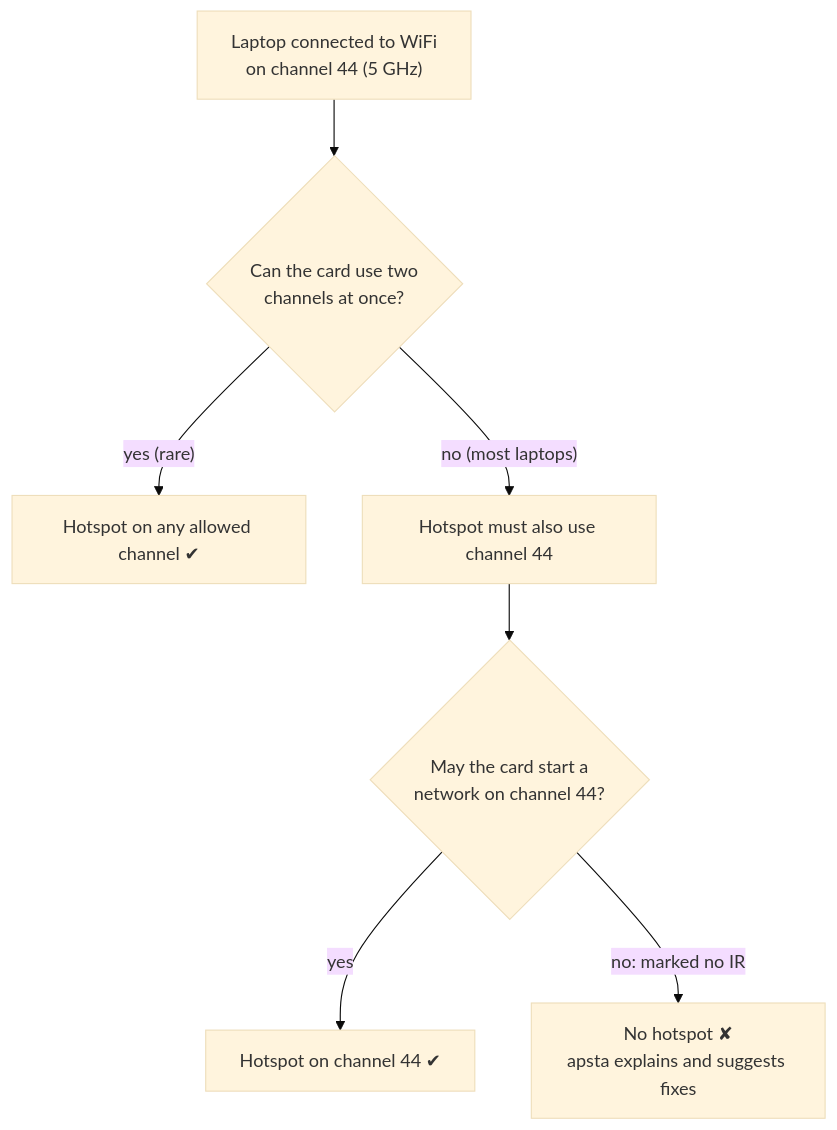
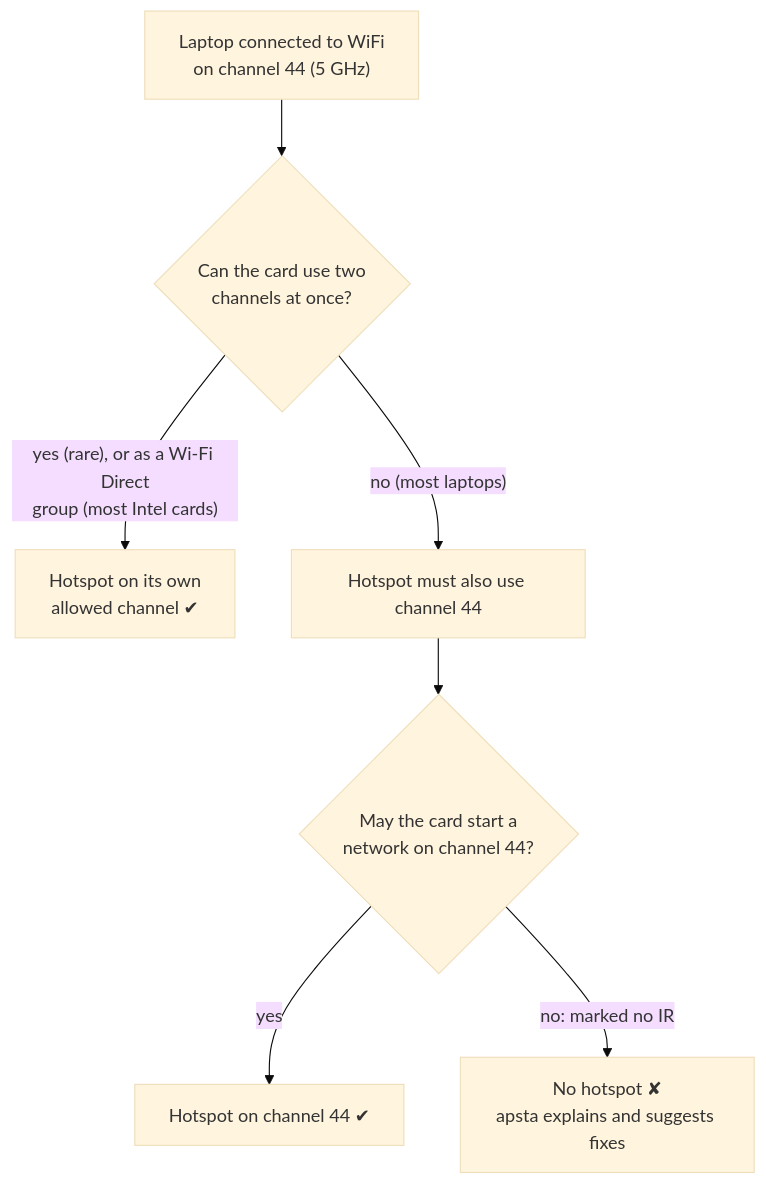
The first of 2 diagrams in docs/5ghz-wifi.md (krotrn/apsta), drawn with Mermaid (base theme) before and after one commit. The commit also changed other lines of this file and 24 other files, not shown here.

First line of the commit message:
feat: Wi-Fi Direct fallback when the WiFi's channel can't host

````diff
--- a/docs/5ghz-wifi.md
+++ b/docs/5ghz-wifi.md
@@ -38,9 +46,9 @@
 ```mermaid
 flowchart TD
     A["Laptop connected to WiFi<br/>on channel 44 (5 GHz)"] --> B{"Can the card use two<br/>channels at once?"}
-    B -- "yes (rare)" --> OK1["Hotspot on any allowed channel ✔"]
+    B -- "yes (rare), or as a Wi-Fi Direct<br/>group (most Intel cards)" --> OK1["Hotspot on its own<br/>allowed channel ✔"]
     B -- "no (most laptops)" --> C["Hotspot must also use channel 44"]
     C --> D{"May the card start a<br/>network on channel 44?"}
     D -- "yes" --> OK2["Hotspot on channel 44 ✔"]
     D -- "no: marked no IR" --> FAIL["No hotspot ✘<br/>apsta explains and suggests fixes"]
 ```
````
